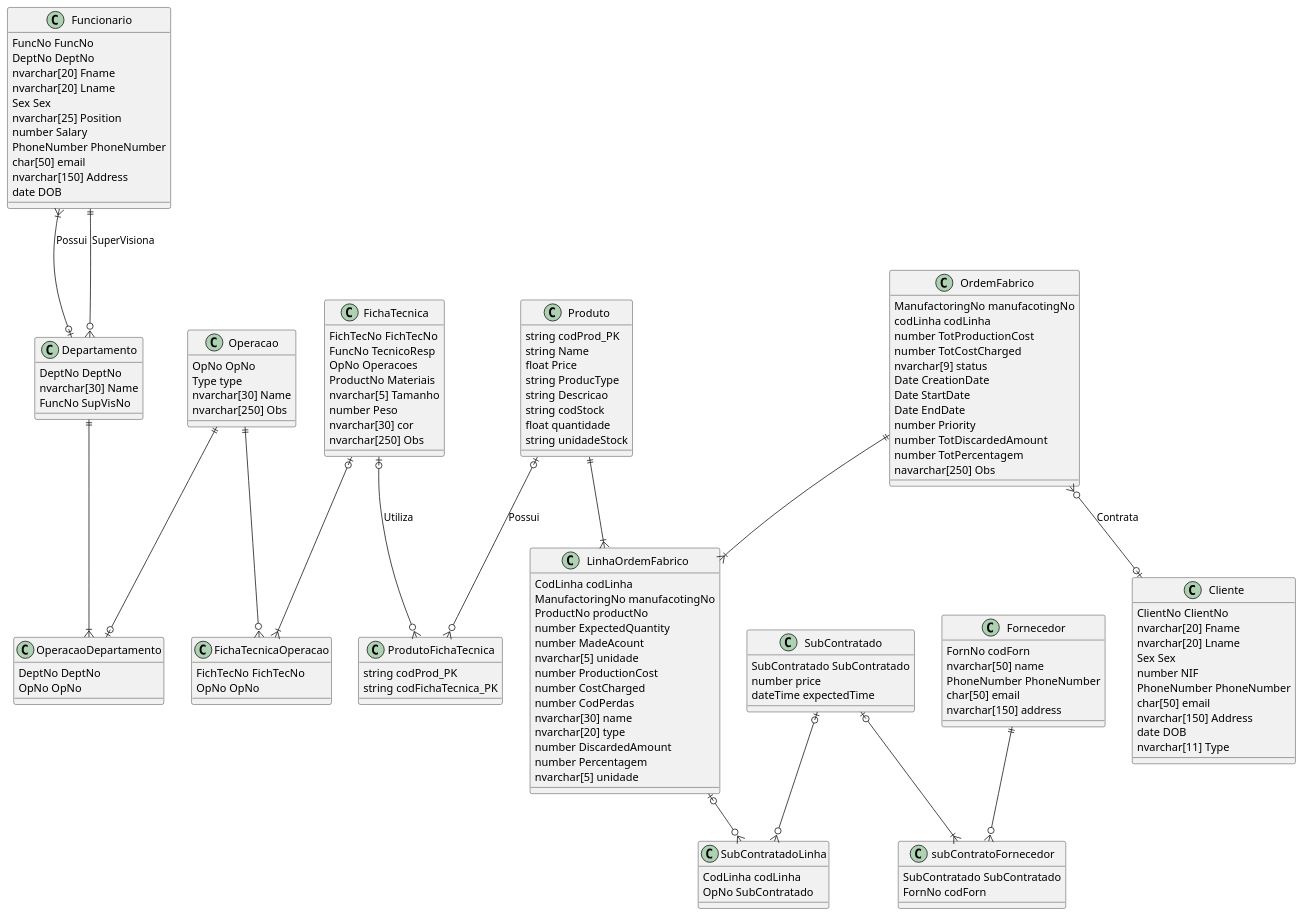
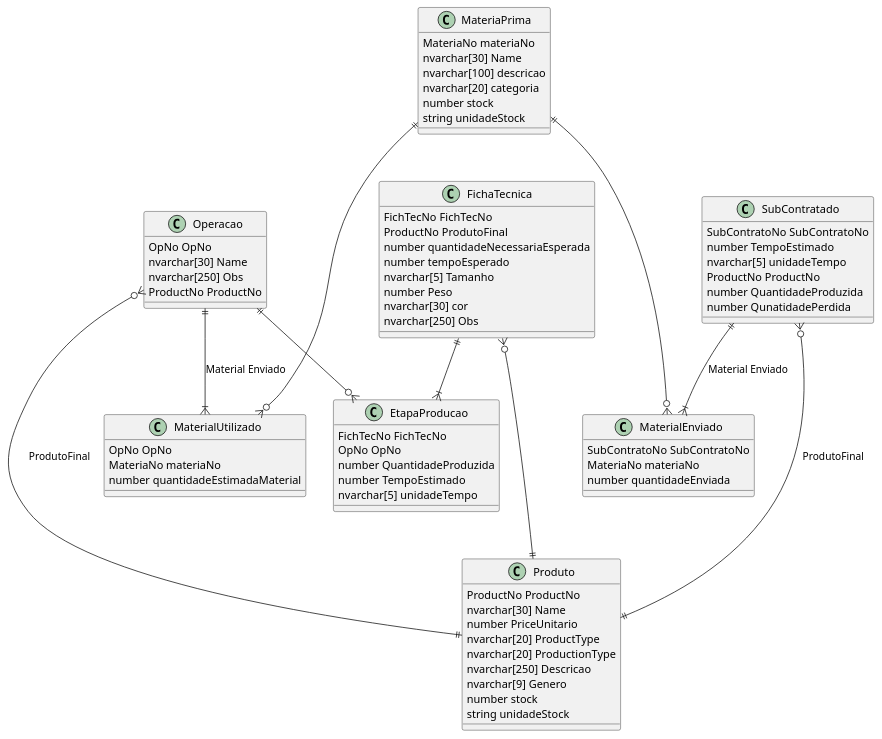
Before and after one commit to Arturito2005/TrabalhoBD: the diagram in DesenhoLogico/Normalizacao/Normalizacao.plantuml, drawn with PlantUML. The commit also changed 15 other files, not shown here.

```diff
--- a/DesenhoLogico/Normalizacao/Normalizacao.plantuml
+++ b/DesenhoLogico/Normalizacao/Normalizacao.plantuml
@@ -1,165 +1,90 @@
-@startuml tableBD
-/'
-Validar se tem todos os dados
-'/
+@startuml Normalizacao
 
-class Funcionario {
-    FuncNo FuncNo
-    DeptNo DeptNo
-    nvarchar[20] Fname
-    nvarchar[20] Lname
-    Sex Sex
-    nvarchar[25] Position
-    number Salary
-    PhoneNumber PhoneNumber
-    char[50] email
-    nvarchar[150] Address
-    date DOB
+class Produto {
+    ProductNo ProductNo
+    nvarchar[30] Name 
+    number PriceUnitario 
+    nvarchar[20] ProductType
+    nvarchar[20] ProductionType
+    nvarchar[250] Descricao
+    nvarchar[9] Genero
+    number stock 
+    string unidadeStock
 }
 
-class Departamento {
-    DeptNo DeptNo 
-    nvarchar[30] Name
-    FuncNo SupVisNo 
+class MateriaPrima {
+    MateriaNo materiaNo
+    nvarchar[30] Name 
+    nvarchar[100] descricao
+    nvarchar[20] categoria
+    number stock 
+    string unidadeStock
 }
-
-Funcionario }|--o| Departamento: Possui
-Funcionario ||--o{ Departamento: SuperVisiona 
 
 class Operacao {
     OpNo OpNo
-    Type type
-    nvarchar[30] Name
+    nvarchar[30] Name 
     nvarchar[250] Obs
+    ProductNo ProductNo 
 }
 
-class OperacaoDepartamento {
-    DeptNo DeptNo
-    OpNo OpNo
+class MaterialUtilizado {
+    OpNo OpNo 
+    MateriaNo materiaNo
+    number quantidadeEstimadaMaterial
 }
 
-Operacao ||--o| OperacaoDepartamento
-Departamento ||--|{ OperacaoDepartamento
-
-class Produto {
-    string codProd_PK
-    string Name
-    float Price
-    string ProducType 
-    string Descricao 
-    string codStock 
-    float quantidade 
-    string unidadeStock 
+class SubContratado {
+    SubContratoNo SubContratoNo
+    number TempoEstimado 
+    nvarchar[5] unidadeTempo
+    ProductNo ProductNo 
+    number QuantidadeProduzida
+    number QunatidadePerdida  
 }
 
-/'
-Possui as etapas de operacoes, materiais utilizados
-e o resultado
-'/
+class MaterialEnviado {
+    SubContratoNo SubContratoNo 
+    MateriaNo materiaNo
+    number quantidadeEnviada
+}
+
 class FichaTecnica {
     FichTecNo FichTecNo
-    FuncNo TecnicoResp 
-    OpNo Operacoes
-    ProductNo Materiais
+    ProductNo ProdutoFinal
+    number quantidadeNecessariaEsperada
+    number tempoEsperado
     nvarchar[5] Tamanho
     number Peso
     nvarchar[30] cor
     nvarchar[250] Obs
 }
 
-class FichaTecnicaOperacao {
+class EtapaProducao {
     FichTecNo FichTecNo
     OpNo OpNo
+    number QuantidadeProduzida  
+    number TempoEstimado 
+    nvarchar[5] unidadeTempo
 }
 
-FichaTecnica |o--|{ FichaTecnicaOperacao
-Operacao ||--o{ FichaTecnicaOperacao
+/'
+Relacionamento da FichaTecnica
+'/
+FichaTecnica }o---|| Produto
+FichaTecnica ||--|{ EtapaProducao
+Operacao ||--o{ EtapaProducao
 
-class ProdutoFichaTecnica {
-    string codProd_PK
-    string codFichaTecnica_PK
-}
+/'
+Relacionamento Operacao
+'/
+Operacao }o---|| Produto: ProdutoFinal
+Operacao ||--|{ MaterialUtilizado: Material Enviado
+MateriaPrima ||---o{ MaterialUtilizado
 
-Produto |o--o{ ProdutoFichaTecnica: Possui
-FichaTecnica |o--o{ ProdutoFichaTecnica: Utiliza
+/'Relacionamento SubContrato'/
+SubContratado }o---|| Produto: ProdutoFinal
+SubContratado ||--|{ MaterialEnviado: Material Enviado
+MateriaPrima ||---o{ MaterialEnviado
 
-class SubContratado {
-    SubContratado SubContratado
-    number price 
-    dateTime expectedTime 
-}
-
-class subContratoFornecedor {
-    SubContratado SubContratado
-    FornNo codForn
-}
-
-class Fornecedor {
-    FornNo codForn 
-    nvarchar[50] name
-    PhoneNumber PhoneNumber
-    char[50] email
-    nvarchar[150] address
-}
-
-SubContratado |o--|{ subContratoFornecedor
-Fornecedor ||--o{ subContratoFornecedor
-
-class Cliente {
-    ClientNo ClientNo
-    nvarchar[20] Fname
-    nvarchar[20] Lname
-    Sex Sex
-    number NIF 
-    PhoneNumber PhoneNumber 
-    char[50] email
-    nvarchar[150] Address 
-    date DOB 
-    nvarchar[11] Type  
-}
-
-class OrdemFabrico {
-    ManufactoringNo manufacotingNo
-    codLinha codLinha
-    number TotProductionCost
-    number TotCostCharged
-    nvarchar[9] status
-    Date CreationDate
-    Date StartDate
-    Date EndDate
-    number Priority
-    number TotDiscardedAmount 
-    number TotPercentagem 
-    navarchar[250] Obs    
-} 
-
-class LinhaOrdemFabrico {
-    CodLinha codLinha
-    ManufactoringNo manufacotingNo
-    ProductNo productNo
-    number ExpectedQuantity
-    number MadeAcount 
-    nvarchar[5] unidade
-    number ProductionCost 
-    number CostCharged
-    number CodPerdas 
-    nvarchar[30] name
-    nvarchar[20] type
-    number DiscardedAmount 
-    number Percentagem 
-    nvarchar[5] unidade
-}
-OrdemFabrico }o--o| Cliente: Contrata
-
-Produto ||--|{ LinhaOrdemFabrico
-OrdemFabrico ||--|{ LinhaOrdemFabrico
-
-class SubContratadoLinha {
-    CodLinha codLinha
-    OpNo SubContratado 
-}
-
-SubContratado |o--o{ SubContratadoLinha
-LinhaOrdemFabrico |o--o{ SubContratadoLinha
-
-@enduml
+@end
```
